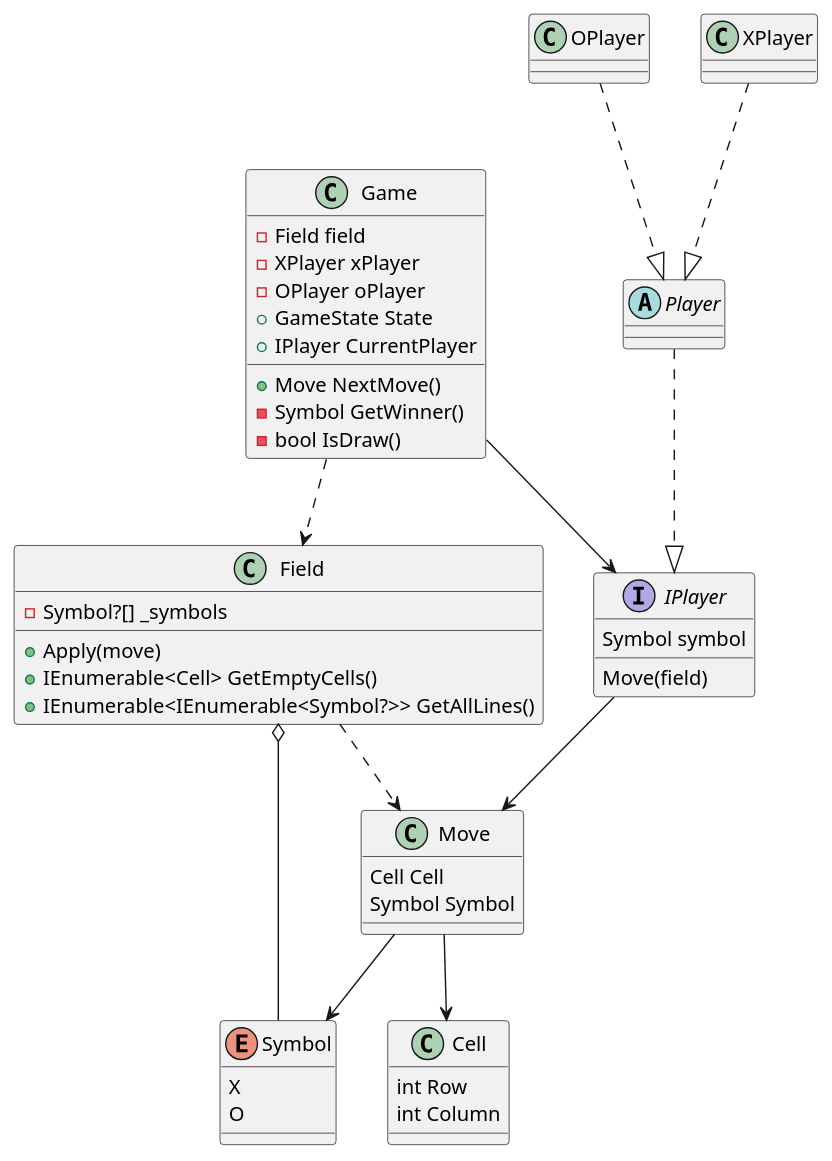
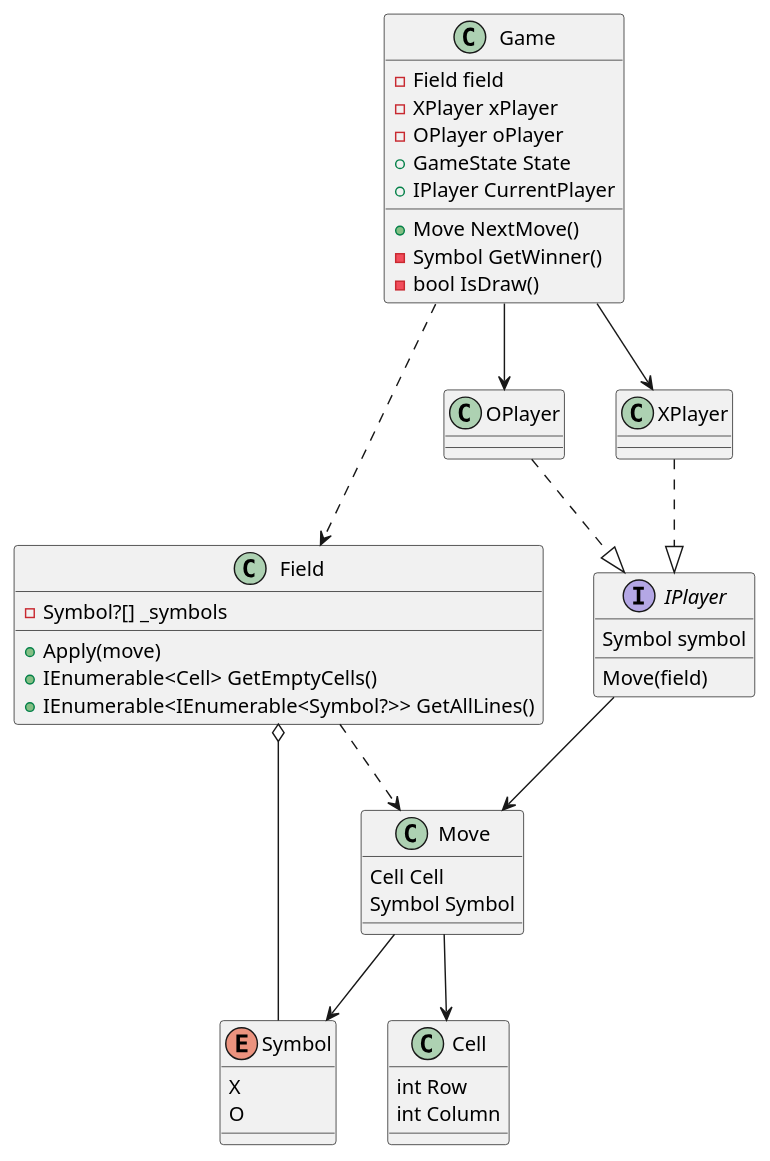
Before and after one commit to Gotcha7770/TicTacToe: the diagram in Diagrams/design.puml, drawn with PlantUML. The commit also changed 12 other files, not shown here.

```diff
--- a/Diagrams/design.puml
+++ b/Diagrams/design.puml
@@ -1,62 +1,59 @@
 @startuml
 'https://plantuml.com/ru/class-diagram
 
 enum Symbol {
     X
     O
 }
 
 class Cell {
     int Row
     int Column
 }
 
 class Move {
     Cell Cell
     Symbol Symbol
 }
 
 class Field {
     - Symbol?[] _symbols
     + Apply(move)
     + IEnumerable<Cell> GetEmptyCells()
     + IEnumerable<IEnumerable<Symbol?>> GetAllLines()
 }
 
 interface IPlayer {
     Symbol symbol
     Move(field)
 }
 
-abstract class Player {
-}
-
 class OPlayer {
 }
 
 class XPlayer {
 }
 
 class Game {
     - Field field
     - XPlayer xPlayer
     - OPlayer oPlayer
     + GameState State
     + IPlayer CurrentPlayer
      + Move NextMove()
         - Symbol GetWinner()
         - bool IsDraw()
 }
 
 Move --> Symbol
 Move --> Cell
 Field o-- Symbol
 Field ..> Move
-Player ..|> IPlayer
-XPlayer ..|> Player
-OPlayer ..|> Player
+XPlayer ..|> IPlayer
+OPlayer ..|> IPlayer
 IPlayer --> Move
 Game ..> Field
-Game --> IPlayer
+Game --> XPlayer
+Game --> OPlayer
 
 @enduml
```
